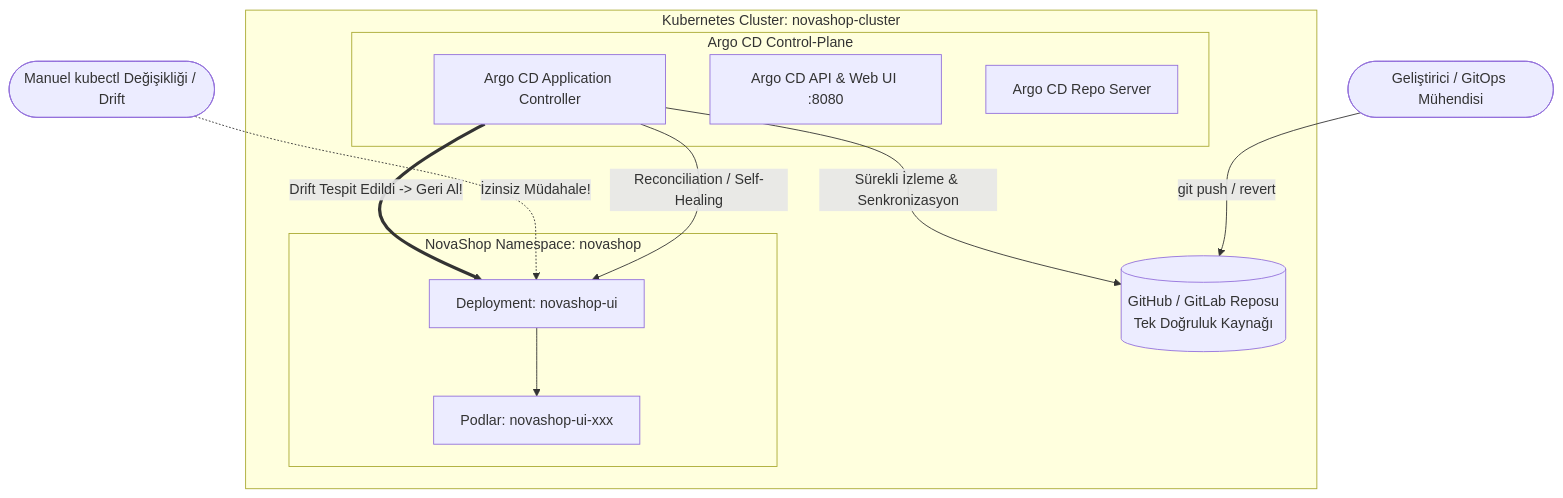
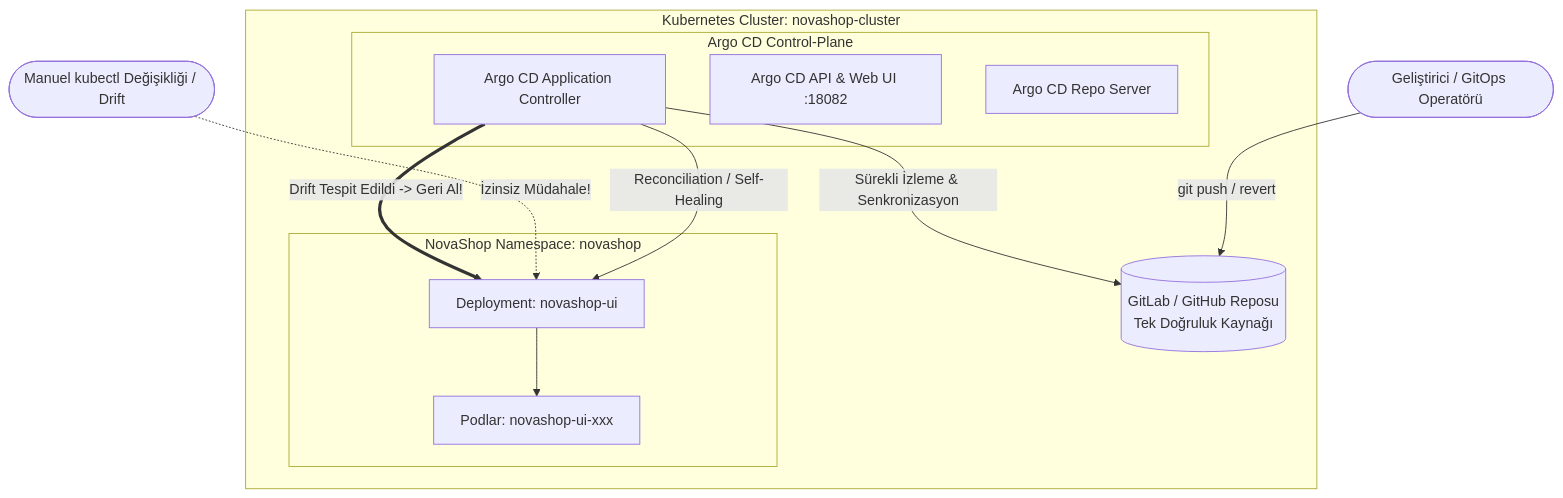
The diagram in labs/LAB-09/README.md (devopsatolyesi-labs/novashop), drawn with Mermaid before and after one commit. The commit also changed other lines of this file and 3 other files, not shown here.

Commit message:
feat(gitops): align LAB-09 with Cockpit port 18082, canonical GitLab repo, and purge role terms

````diff
--- a/labs/LAB-09/README.md
+++ b/labs/LAB-09/README.md
@@ -32,24 +35,24 @@
 ```mermaid
 graph TD
-    Developer([Geliştirici / GitOps Mühendisi]) -->|git push / revert| GitRepo[(GitHub / GitLab Reposu<br/>Tek Doğruluk Kaynağı)]
+    Developer([Geliştirici / GitOps Operatörü]) -->|git push / revert| GitRepo[(GitLab / GitHub Reposu<br/>Tek Doğruluk Kaynağı)]
 
     subgraph Kubernetes Cluster: novashop-cluster
         subgraph Argo CD Control-Plane
             ArgoController[Argo CD Application Controller]
-            ArgoServer[Argo CD API & Web UI :8080]
+            ArgoServer[Argo CD API & Web UI :18082]
             ArgoRepoServer[Argo CD Repo Server]
         end
 
         subgraph NovaShop Namespace: novashop
             UI_Deployment[Deployment: novashop-ui]
             UI_Pods[Podlar: novashop-ui-xxx]
         end
 
         ArgoController -->|Sürekli İzleme & Senkronizasyon| GitRepo
         ArgoController -->|Reconciliation / Self-Healing| UI_Deployment
         UI_Deployment --> UI_Pods
     end
 
     ManualIntervention([Manuel kubectl Değişikliği / Drift]) -.->|İzinsiz Müdahale!| UI_Deployment
     ArgoController ==>|Drift Tespit Edildi -> Geri Al!| UI_Deployment
 ```
````
